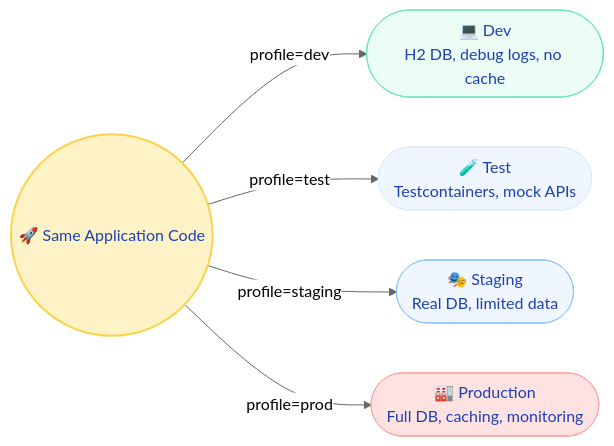
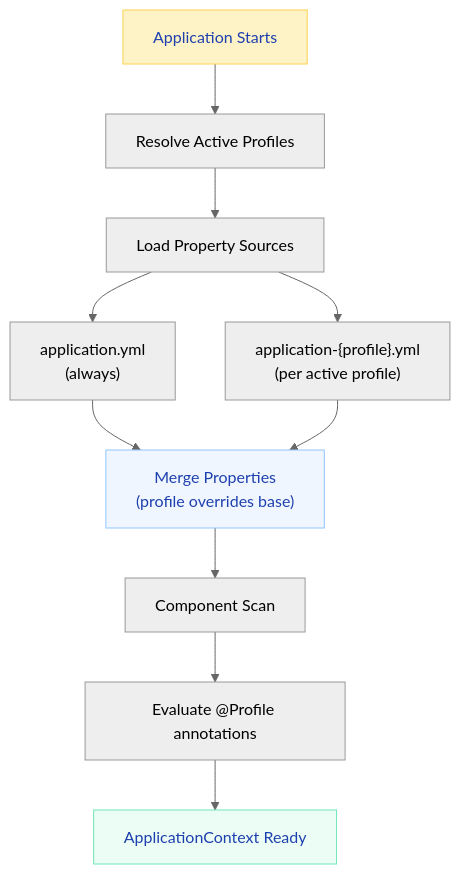
Before and after one commit to saivamsikaruturi/vamsilabs-dev-notes-main: the first of 2 diagrams in docs/springboot/profiles.md, drawn with Mermaid (neutral theme). The commit also changed other lines of this file and 21 other files, not shown here.

````diff
--- a/docs/springboot/profiles.md
+++ b/docs/springboot/profiles.md
@@ -11,14 +33,16 @@
 ```mermaid
-flowchart LR
-    App(("🚀 Same Application Code"))
-    App -->|"profile=dev"| Dev(["💻 Dev<br/>H2 DB, debug logs, no cache"])
-    App -->|"profile=test"| Test(["🧪 Test<br/>Testcontainers, mock APIs"])
-    App -->|"profile=staging"| Stg(["🎭 Staging<br/>Real DB, limited data"])
-    App -->|"profile=prod"| Prod(["🏭 Production<br/>Full DB, caching, monitoring"])
+flowchart TD
+    Start["Application Starts"] --> Resolve["Resolve Active Profiles"]
+    Resolve --> Load["Load Property Sources"]
+    Load --> Base["application.yml<br/>(always)"]
+    Load --> Profile["application-{profile}.yml<br/>(per active profile)"]
+    Base --> Merge["Merge Properties<br/>(profile overrides base)"]
+    Profile --> Merge
+    Merge --> Scan["Component Scan"]
+    Scan --> Eval["Evaluate @Profile annotations"]
+    Eval --> Context["ApplicationContext Ready"]
 
-    style App fill:#FEF3C7,stroke:#FCD34D,stroke-width:2px,color:#1E40AF
-    style Dev fill:#ECFDF5,stroke:#6EE7B7,color:#1E40AF
-    style Test fill:#EFF6FF,stroke:#DBEAFE,color:#1E40AF
-    style Stg fill:#EFF6FF,stroke:#93C5FD,color:#1E40AF
-    style Prod fill:#FEE2E2,stroke:#FCA5A5,color:#1E40AF
+    style Start fill:#FEF3C7,stroke:#FCD34D,color:#1E40AF
+    style Context fill:#ECFDF5,stroke:#6EE7B7,color:#1E40AF
+    style Merge fill:#EFF6FF,stroke:#93C5FD,color:#1E40AF
 ```
````
